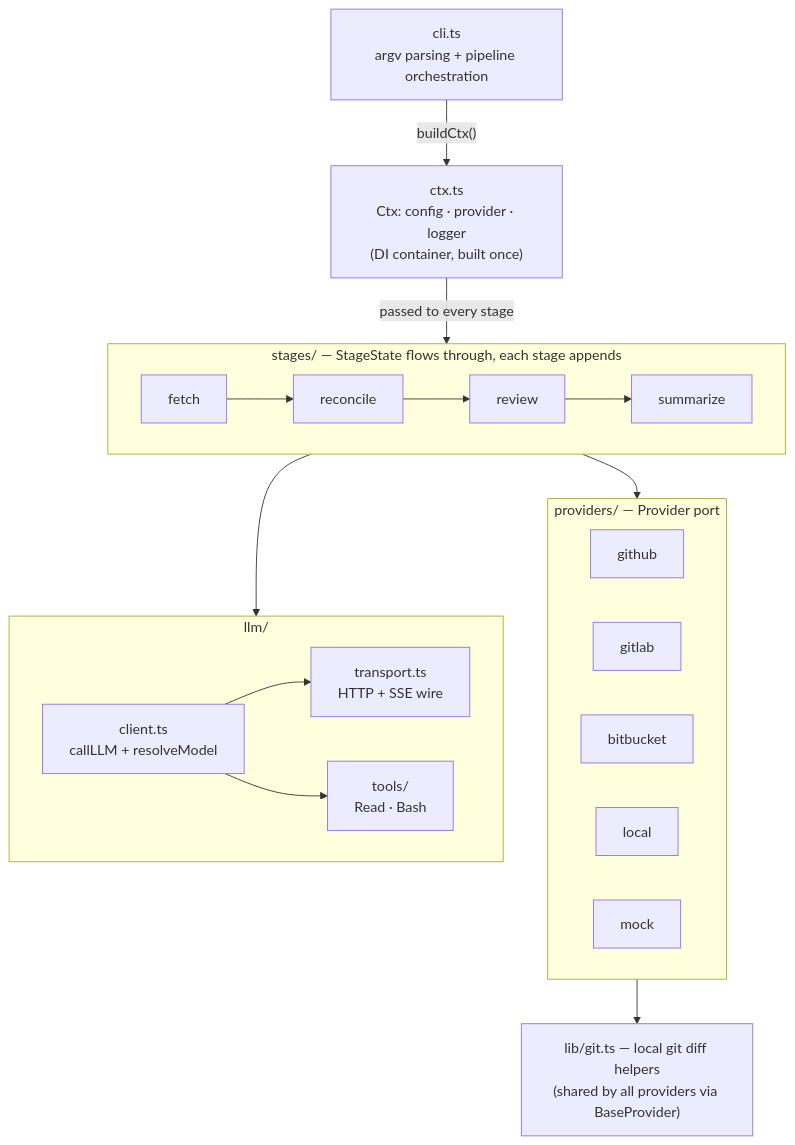
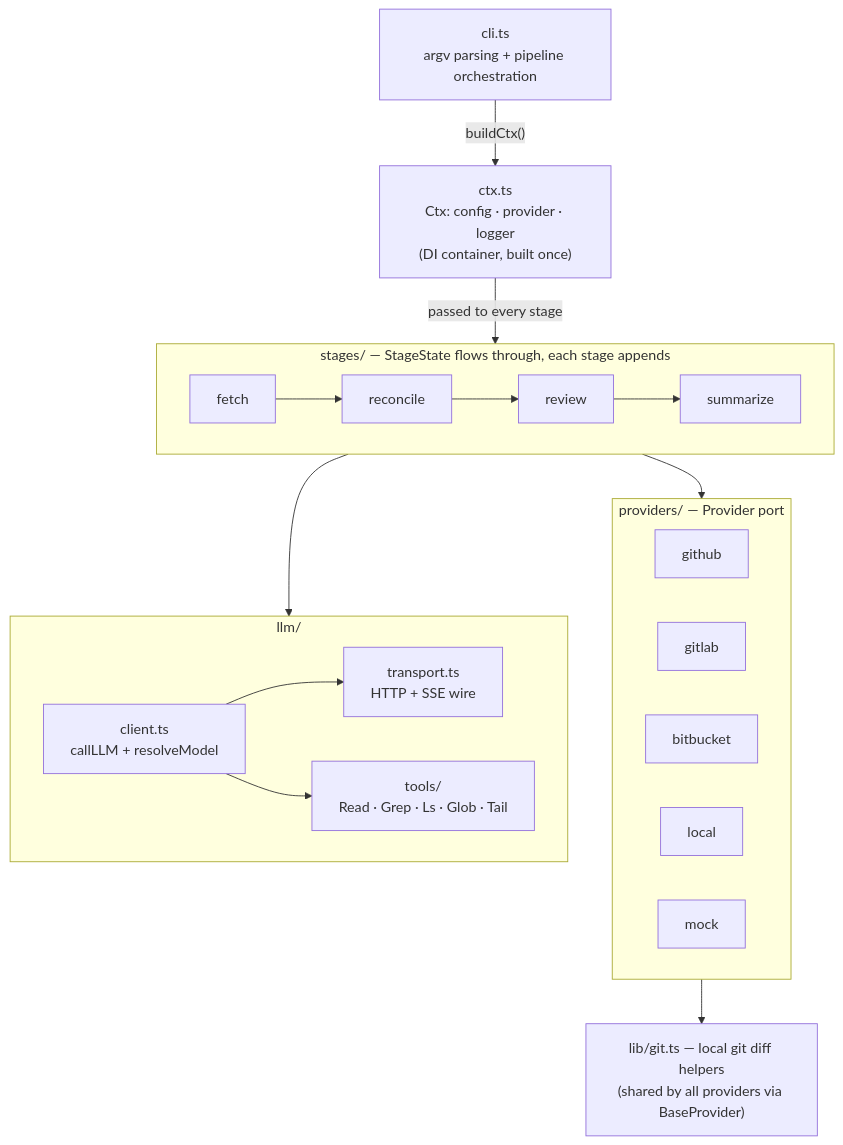
The first of 2 diagrams in docs/ARCHITECTURE.md (bilikaz/code-reviewer), drawn with Mermaid before and after one commit. The commit also changed other lines of this file and 34 other files, not shown here.

First line of the commit message:
Security: replace Bash LLM tool with read-only, shell-free tools

````diff
--- a/docs/ARCHITECTURE.md
+++ b/docs/ARCHITECTURE.md
@@ -15,35 +16,35 @@
 ```mermaid
 flowchart TD
     cli["cli.ts<br/>argv parsing + pipeline orchestration"]
     ctx["ctx.ts<br/>Ctx: config · provider · logger<br/>(DI container, built once)"]
     cli -->|"buildCtx()"| ctx
 
     subgraph pipeline["stages/ — StageState flows through, each stage appends"]
         direction LR
         fetch --> reconcile --> review --> summarize
     end
     ctx -->|passed to every stage| pipeline
 
     subgraph providers["providers/ — Provider port"]
         direction LR
         github
         gitlab
         bitbucket
         localp[local]
         mock
     end
 
     subgraph llm["llm/"]
         direction LR
         client["client.ts<br/>callLLM + resolveModel"]
         wire["transport.ts<br/>HTTP + SSE wire"]
-        tools["tools/<br/>Read · Bash"]
+        tools["tools/<br/>Read · Grep · Ls · Glob · Tail"]
         client --> wire
         client --> tools
     end
 
     pipeline --> providers
     pipeline --> llm
     git["lib/git.ts — local git diff helpers<br/>(shared by all providers via BaseProvider)"]
     providers --> git
 ```
````
